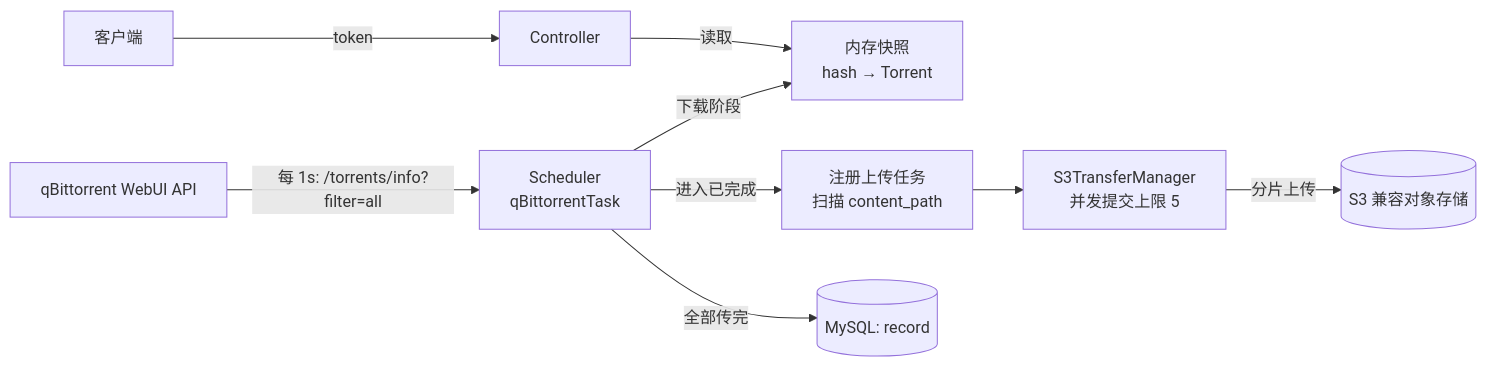
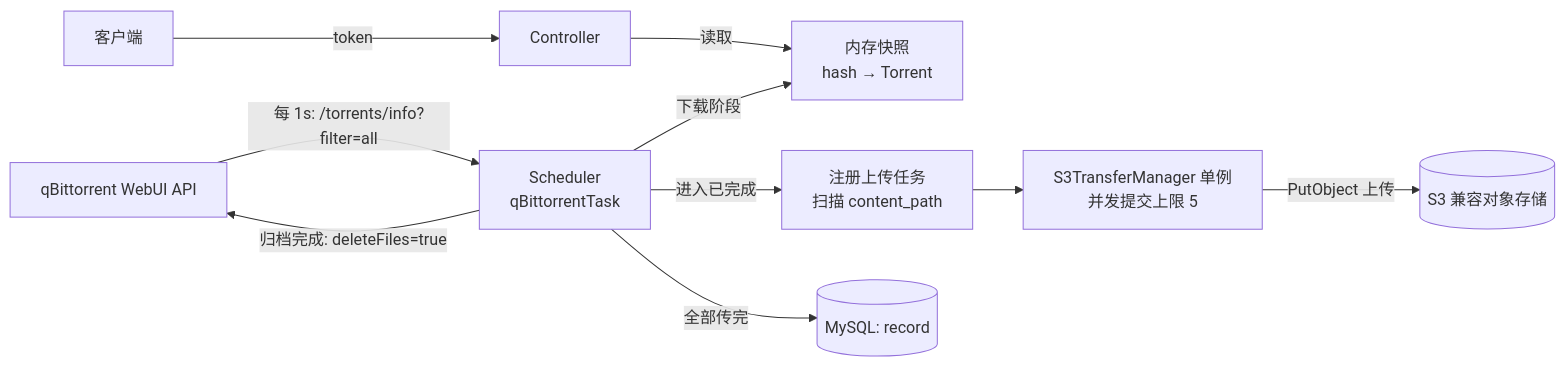
One commit to zhuiqiuat/qBittorrentToRainyunOS changed the diagram in README.md. Above: the diagram before and after it, drawn with Mermaid. The commit also changed other lines of this file, not shown here.

````diff
--- a/README.md
+++ b/README.md
@@ -38,11 +40,12 @@
 ```mermaid
 flowchart LR
     Q[qBittorrent WebUI API] -->|每 1s: /torrents/info?filter=all| S[Scheduler<br/>qBittorrentTask]
     S -->|下载阶段| M1[内存快照<br/>hash → Torrent]
     S -->|进入已完成| R[注册上传任务<br/>扫描 content_path]
-    R --> U[S3TransferManager<br/>并发提交上限 5]
-    U -->|分片上传| O[(S3 兼容对象存储)]
+    R --> U[S3TransferManager 单例<br/>并发提交上限 5]
+    U -->|PutObject 上传| O[(S3 兼容对象存储)]
     S -->|全部传完| DB[(MySQL: record)]
+    S -->|归档完成: deleteFiles=true| Q
     C[客户端] -->|token| API[Controller]
     API -->|读取| M1
 ```
````
